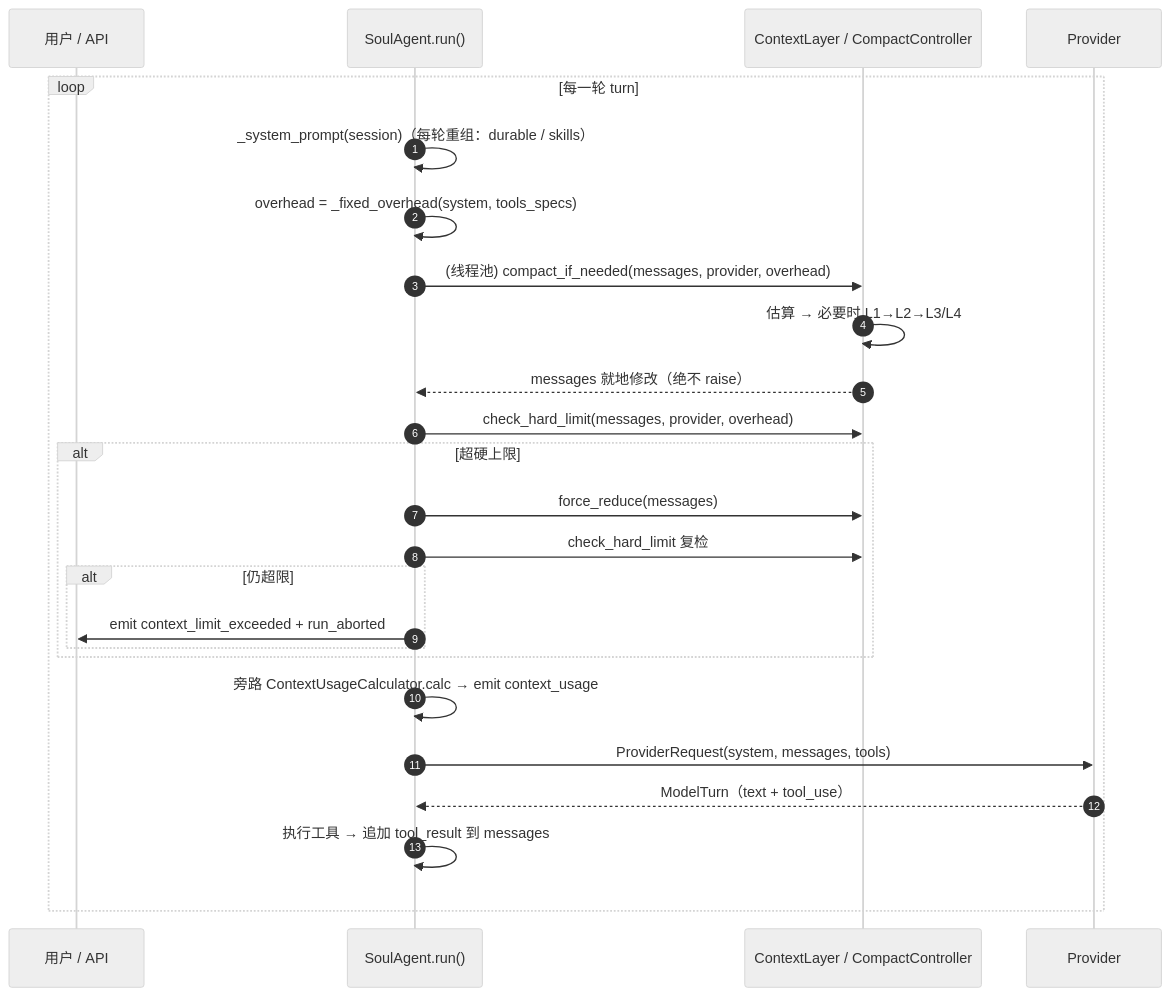
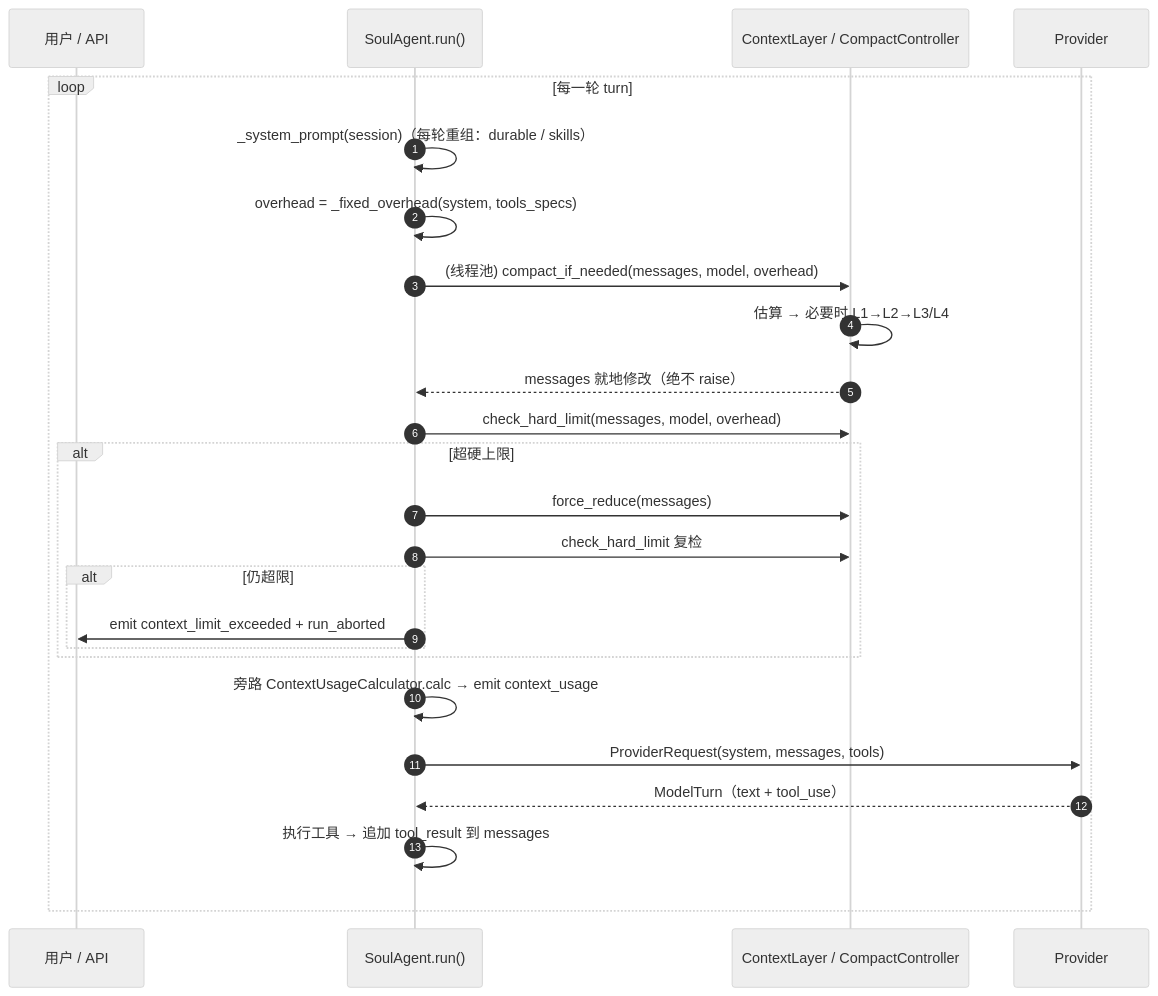
Before and after one commit to andyxu1234/soul_buddy: the seventh of 9 diagrams in docs/modules/16-compact.md, drawn with Mermaid (neutral theme). The commit also changed other lines of this file and 61 other files, not shown here.

````diff
--- a/docs/modules/16-compact.md
+++ b/docs/modules/16-compact.md
@@ -242,28 +255,28 @@
 ```mermaid
 sequenceDiagram
     autonumber
     participant U as 用户 / API
     participant A as SoulAgent.run()
     participant C as ContextLayer / CompactController
     participant P as Provider
 
     loop 每一轮 turn
         A->>A: _system_prompt(session)（每轮重组：durable / skills）
         A->>A: overhead = _fixed_overhead(system, tools_specs)
-        A->>C: (线程池) compact_if_needed(messages, provider, overhead)
+        A->>C: (线程池) compact_if_needed(messages, model, overhead)
         C->>C: 估算 → 必要时 L1→L2→L3/L4
         C-->>A: messages 就地修改（绝不 raise）
-        A->>C: check_hard_limit(messages, provider, overhead)
+        A->>C: check_hard_limit(messages, model, overhead)
         alt 超硬上限
             A->>C: force_reduce(messages)
             A->>C: check_hard_limit 复检
             alt 仍超限
                 A->>U: emit context_limit_exceeded + run_aborted
             end
         end
         A->>A: 旁路 ContextUsageCalculator.calc → emit context_usage
         A->>P: ProviderRequest(system, messages, tools)
         P-->>A: ModelTurn（text + tool_use）
         A->>A: 执行工具 → 追加 tool_result 到 messages
     end
 ```
````
